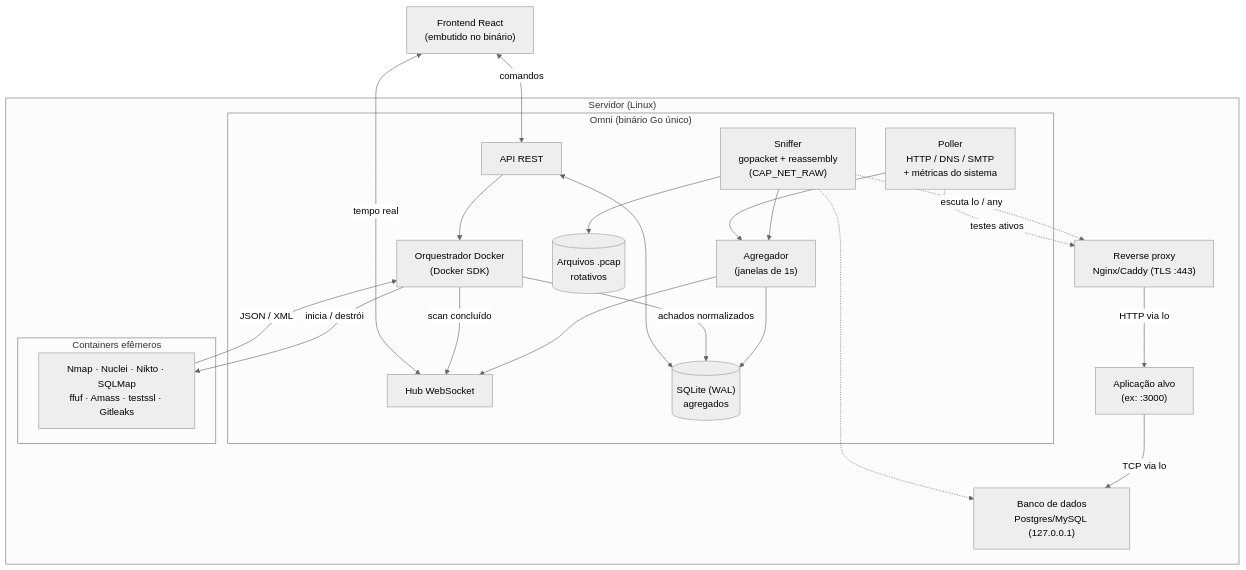
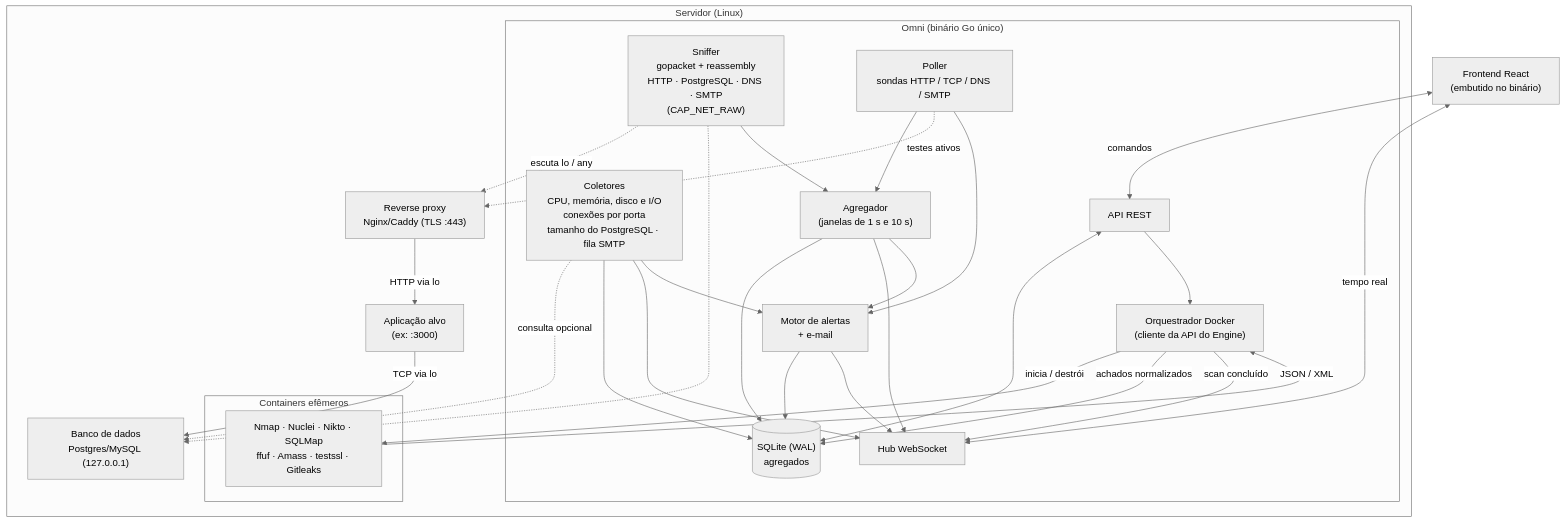
Before and after one commit to MiguelDev-GH/Omni: the diagram in README.md, drawn with Mermaid (neutral theme). The commit also changed other lines of this file and 1 other file, not shown here.

````diff
--- a/README.md
+++ b/README.md
@@ -56,44 +56,52 @@
 ```mermaid
 graph TD
     subgraph Servidor["Servidor (Linux)"]
         Proxy["Reverse proxy<br/>Nginx/Caddy (TLS :443)"]
         App["Aplicação alvo<br/>(ex: :3000)"]
         DB["Banco de dados<br/>Postgres/MySQL (127.0.0.1)"]
         Proxy -->|HTTP via lo| App
         App -->|TCP via lo| DB
 
         subgraph Omni["Omni (binário Go único)"]
-            Sniffer["Sniffer<br/>gopacket + reassembly<br/>(CAP_NET_RAW)"]
-            Poller["Poller<br/>HTTP / DNS / SMTP<br/>+ métricas do sistema"]
-            Orq["Orquestrador Docker<br/>(Docker SDK)"]
-            Agg["Agregador<br/>(janelas de 1s)"]
+            Sniffer["Sniffer<br/>gopacket + reassembly<br/>HTTP · PostgreSQL · DNS · SMTP<br/>(CAP_NET_RAW)"]
+            Poller["Poller<br/>sondas HTTP / TCP / DNS / SMTP"]
+            Coletores["Coletores<br/>CPU, memória, disco e I/O<br/>conexões por porta<br/>tamanho do PostgreSQL · fila SMTP"]
+            Orq["Orquestrador Docker<br/>(cliente da API do Engine)"]
+            Agg["Agregador<br/>(janelas de 1 s e 10 s)"]
+            Alertas["Motor de alertas<br/>+ e-mail"]
             API["API REST"]
             WS["Hub WebSocket"]
             Store[("SQLite (WAL)<br/>agregados")]
-            Pcap[("Arquivos .pcap<br/>rotativos")]
         end
 
         subgraph Docker["Containers efêmeros"]
             Tools["Nmap · Nuclei · Nikto · SQLMap<br/>ffuf · Amass · testssl · Gitleaks"]
         end
     end
 
     UI["Frontend React<br/>(embutido no binário)"]
 
     Sniffer -.->|escuta lo / any| Proxy
     Sniffer -.-> DB
     Sniffer --> Agg
-    Sniffer --> Pcap
     Poller --> Agg
     Poller -.->|testes ativos| Proxy
+    Coletores -.->|consulta opcional| DB
+    Coletores --> Store
+    Coletores --> WS
     Agg --> Store
     Agg --> WS
+    Agg --> Alertas
+    Poller --> Alertas
+    Coletores --> Alertas
+    Alertas --> Store
+    Alertas --> WS
     Orq -->|inicia / destrói| Tools
     Tools -->|JSON / XML| Orq
     Orq -->|achados normalizados| Store
     Orq -->|scan concluído| WS
     API <--> Store
     API --> Orq
     UI <-->|comandos| API
     UI <-->|tempo real| WS
 ```
````
